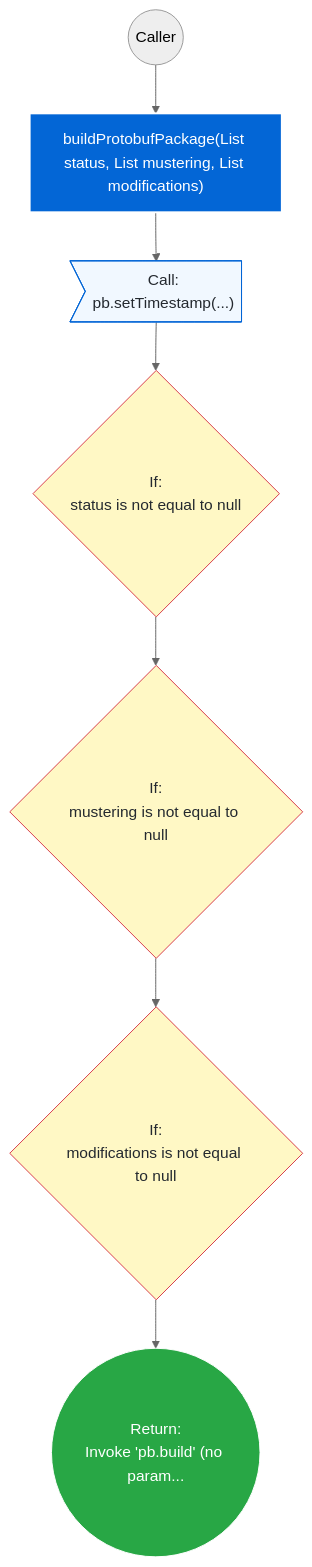
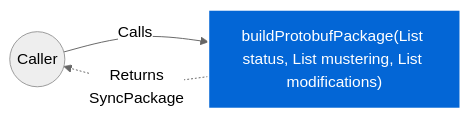
One commit to FelipeMCassiano/geanky changed diagram 12 of 15 in docs/CloudSyncUploadService.md. Above: the diagram before and after it, drawn with Mermaid (neutral theme). The commit also changed other lines of this file and 6 other files, not shown here.

````diff
--- a/docs/CloudSyncUploadService.md
+++ b/docs/CloudSyncUploadService.md
@@ -852,15 +973,9 @@
 ```mermaid
-flowchart TD
+flowchart LR
     classDef methodNode fill:#0366d6,stroke:#fff,stroke-width:2px,color:#fff;
-    classDef callNode fill:#f1f8ff,stroke:#0366d6,color:#24292f;
-    classDef ifNode fill:#fff8c5,stroke:#d73a49,color:#24292f;
-    classDef retNode fill:#28a745,stroke:#fff,color:#fff;
+    Caller(("Caller"))
+    Method["buildProtobufPackage(List<ItemStatusSyncDTO> status, List<MusteringSyncDTO> mustering, List<ItemModificationStatusDTO> modifications)"]:::methodNode
 
-    START(("Caller")) --> M_ENTRY["buildProtobufPackage(List<ItemStatusSyncDTO> status, List<MusteringSyncDTO> mustering, List<ItemModificationStatusDTO> modifications)"]:::methodNode
-    M_ENTRY --> N1>"Call:<br>pb.setTimestamp(...)"]:::callNode
-    N1 --> N2{"If:<br>status is not equal to null"}:::ifNode
-    N2 --> N3{"If:<br>mustering is not equal to null"}:::ifNode
-    N3 --> N4{"If:<br>modifications is not equal to null"}:::ifNode
-    N4 --> N5(("Return:<br>Invoke 'pb.build' (no param...")):::retNode
-
+    Caller -- "Calls" --> Method
+    Method -. "Returns<br>SyncPackage" .-> Caller
 ```
````
